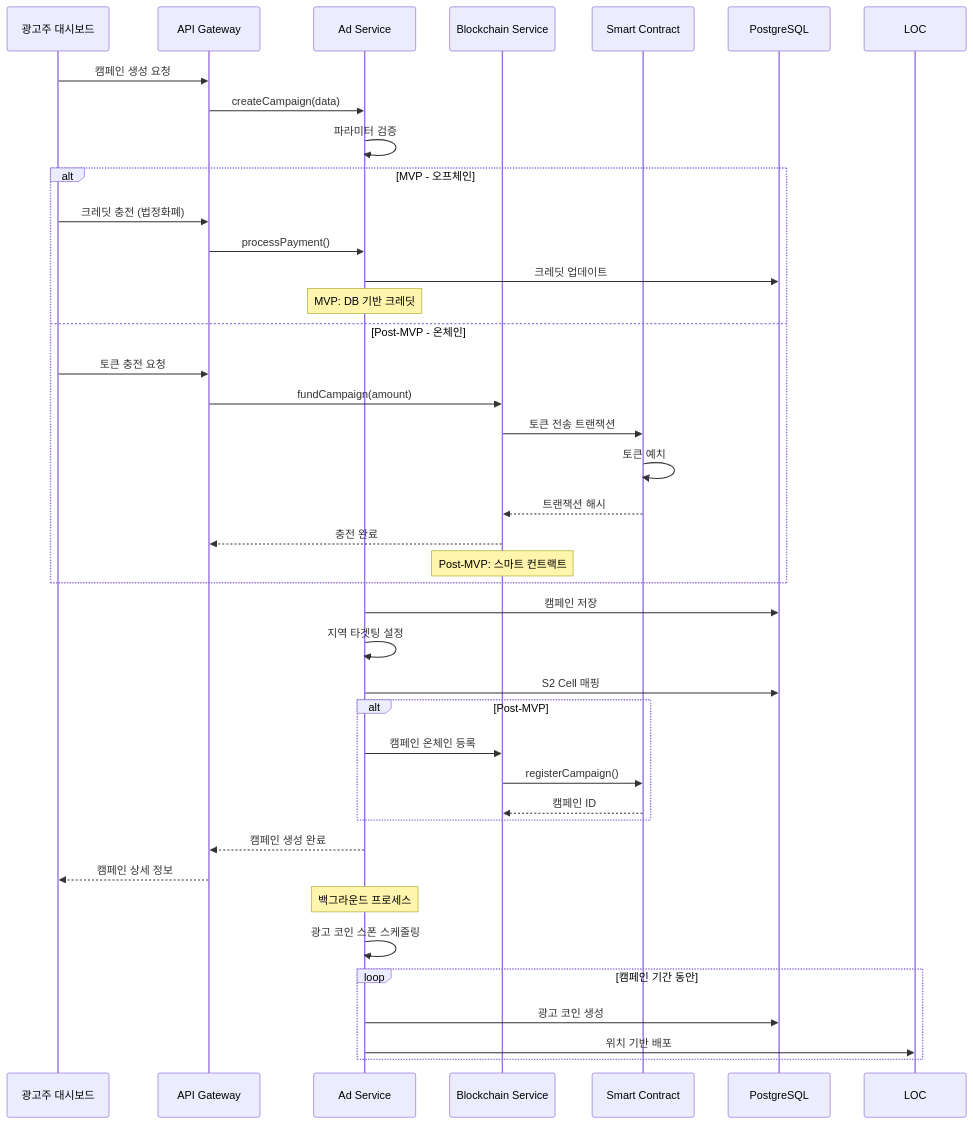
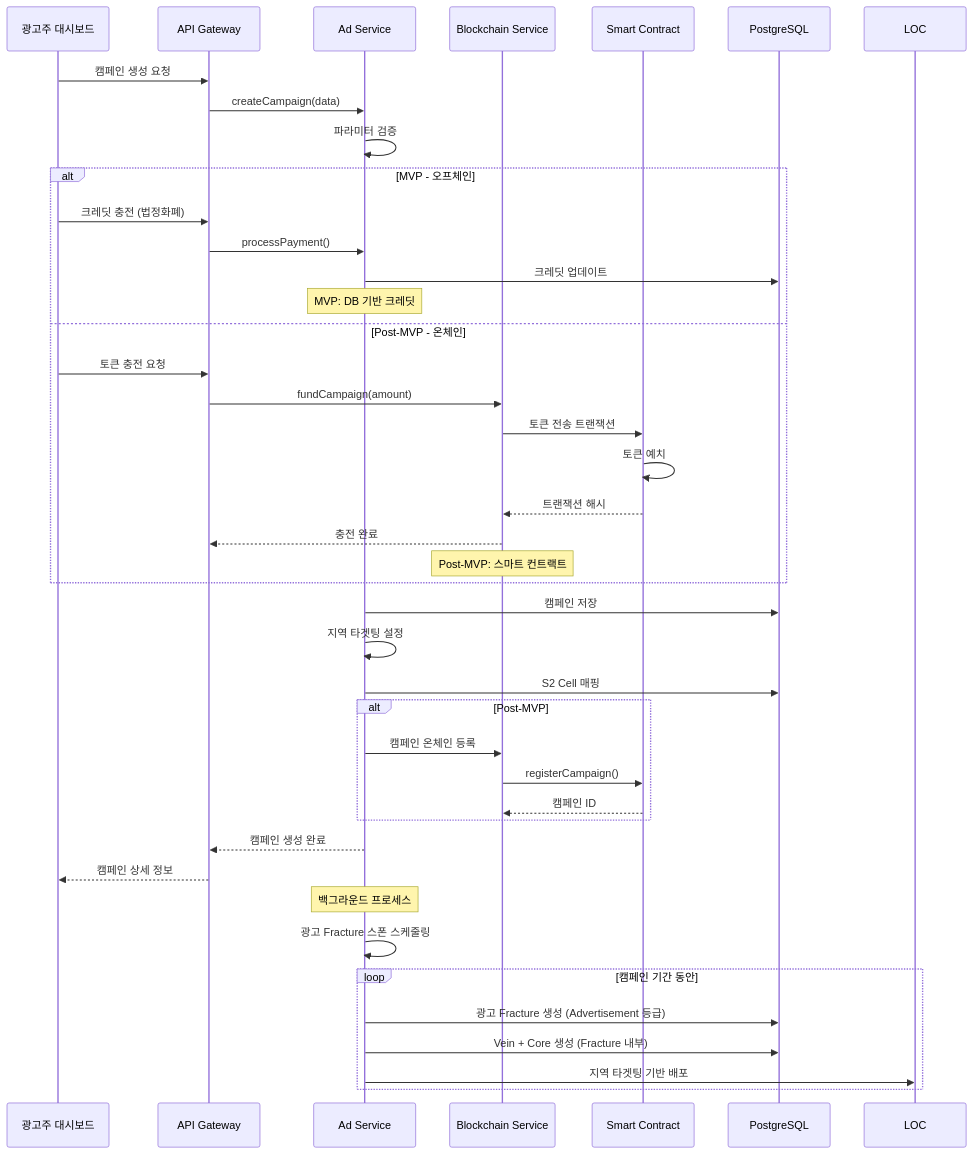
The third of 7 diagrams in docs/business/mvp-definition.md (ore-protocol/ore-docs), drawn with Mermaid before and after one commit. The commit also changed other lines of this file and 20 other files, not shown here.

First line of the commit message:
docs: implement Fracture/Vein/Core three-tier game system

````diff
--- a/docs/business/mvp-definition.md
+++ b/docs/business/mvp-definition.md
@@ -620,48 +711,49 @@
 ```mermaid
 sequenceDiagram
     participant A as 광고주 대시보드
     participant GW as API Gateway
     participant AD as Ad Service
     participant BC as Blockchain Service
     participant SC as Smart Contract
     participant DB as PostgreSQL
 
     A->>GW: 캠페인 생성 요청
     GW->>AD: createCampaign(data)
     AD->>AD: 파라미터 검증
 
     alt MVP - 오프체인
         A->>GW: 크레딧 충전 (법정화폐)
         GW->>AD: processPayment()
         AD->>DB: 크레딧 업데이트
         Note over AD: MVP: DB 기반 크레딧
     else Post-MVP - 온체인
         A->>GW: 토큰 충전 요청
         GW->>BC: fundCampaign(amount)
         BC->>SC: 토큰 전송 트랜잭션
         SC->>SC: 토큰 예치
         SC-->>BC: 트랜잭션 해시
         BC-->>GW: 충전 완료
         Note over BC: Post-MVP: 스마트 컨트랙트
     end
 
     AD->>DB: 캠페인 저장
     AD->>AD: 지역 타겟팅 설정
     AD->>DB: S2 Cell 매핑
 
     alt Post-MVP
         AD->>BC: 캠페인 온체인 등록
         BC->>SC: registerCampaign()
         SC-->>BC: 캠페인 ID
     end
 
     AD-->>GW: 캠페인 생성 완료
     GW-->>A: 캠페인 상세 정보
 
     Note over AD: 백그라운드 프로세스
-    AD->>AD: 광고 코인 스폰 스케줄링
+    AD->>AD: 광고 Fracture 스폰 스케줄링
     loop 캠페인 기간 동안
-        AD->>DB: 광고 코인 생성
-        AD->>LOC: 위치 기반 배포
+        AD->>DB: 광고 Fracture 생성 (Advertisement 등급)
+        AD->>DB: Vein + Core 생성 (Fracture 내부)
+        AD->>LOC: 지역 타겟팅 기반 배포
     end
 ```
````
